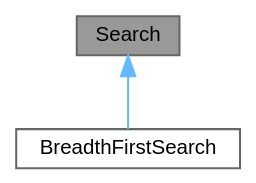
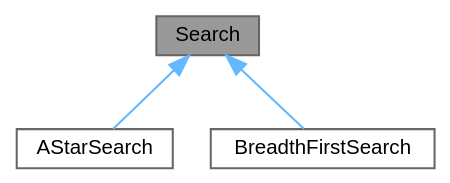
Before and after one commit to velocitatem/Symphony: the diagram in classSearch__inherit__graph.dot, drawn with Graphviz. The commit also changed 61 other files, not shown here.

```diff
--- a/classSearch__inherit__graph.dot
+++ b/classSearch__inherit__graph.dot
@@ -1,11 +1,13 @@
 digraph "Search"
 {
  // INTERACTIVE_SVG=YES
  // LATEX_PDF_SIZE
   bgcolor="transparent";
   edge [fontname=Helvetica,fontsize=10,labelfontname=Helvetica,labelfontsize=10];
   node [fontname=Helvetica,fontsize=10,shape=box,height=0.2,width=0.4];
   Node1 [id="Node000001",label="Search",height=0.2,width=0.4,color="gray40", fillcolor="grey60", style="filled", fontcolor="black",tooltip=" "];
   Node1 -> Node2 [id="edge1_Node000001_Node000002",dir="back",color="steelblue1",style="solid",tooltip=" "];
-  Node2 [id="Node000002",label="BreadthFirstSearch",height=0.2,width=0.4,color="gray40", fillcolor="white", style="filled",URL="$classBreadthFirstSearch.html",tooltip=" "];
+  Node2 [id="Node000002",label="AStarSearch",height=0.2,width=0.4,color="gray40", fillcolor="white", style="filled",URL="$classAStarSearch.html",tooltip=" "];
+  Node1 -> Node3 [id="edge2_Node000001_Node000003",dir="back",color="steelblue1",style="solid",tooltip=" "];
+  Node3 [id="Node000003",label="BreadthFirstSearch",height=0.2,width=0.4,color="gray40", fillcolor="white", style="filled",URL="$classBreadthFirstSearch.html",tooltip=" "];
 }
```
